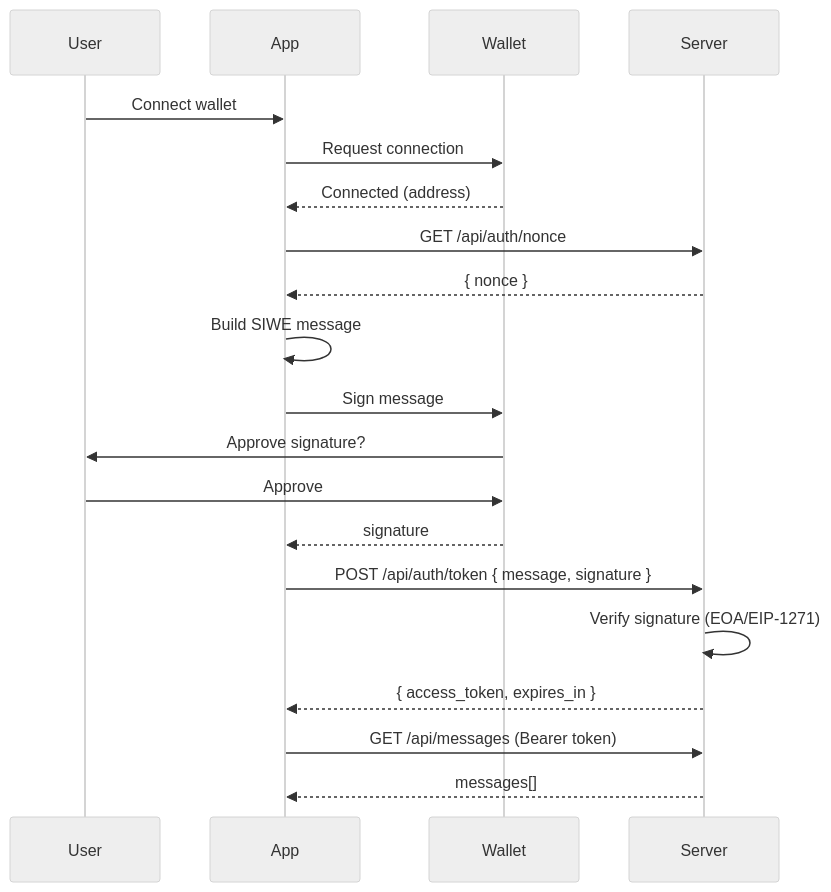
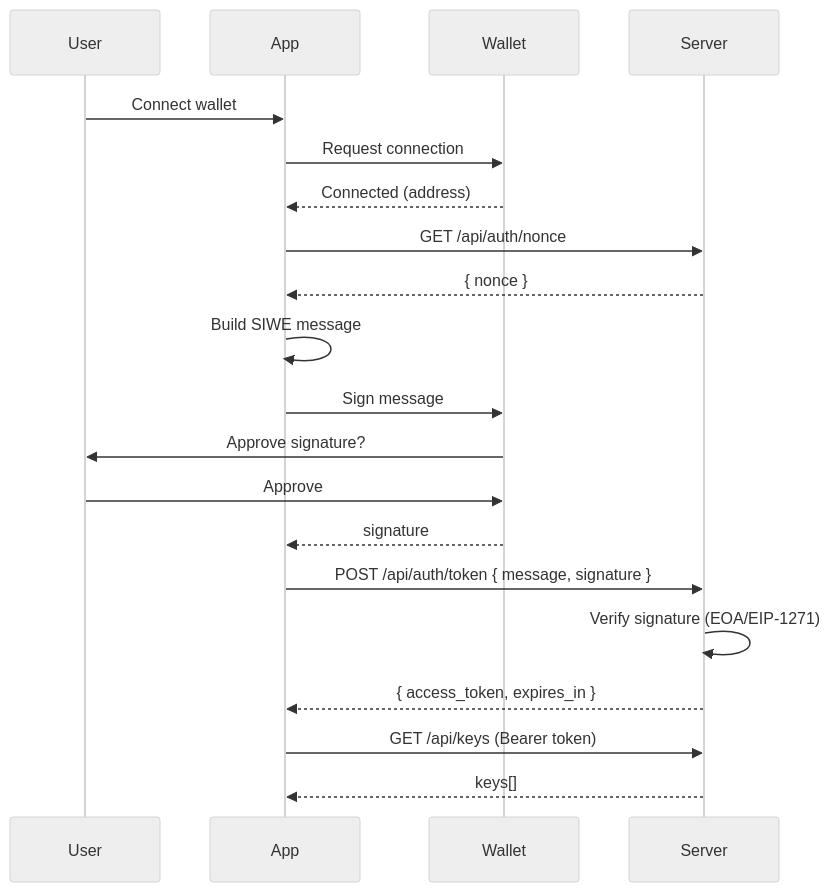
Before and after one commit to stephancill/eth-private-data-repo: the first of 2 diagrams in README.md, drawn with Mermaid (neutral theme). The commit also changed other lines of this file and 9 other files, not shown here.

````diff
--- a/README.md
+++ b/README.md
@@ -58,23 +60,23 @@
 ```mermaid
 sequenceDiagram
     participant User
     participant App
     participant Wallet
     participant Server
 
     User->>App: Connect wallet
     App->>Wallet: Request connection
     Wallet-->>App: Connected (address)
     App->>Server: GET /api/auth/nonce
     Server-->>App: { nonce }
     App->>App: Build SIWE message
     App->>Wallet: Sign message
     Wallet->>User: Approve signature?
     User->>Wallet: Approve
     Wallet-->>App: signature
     App->>Server: POST /api/auth/token { message, signature }
     Server->>Server: Verify signature (EOA/EIP-1271)
     Server-->>App: { access_token, expires_in }
-    App->>Server: GET /api/messages (Bearer token)
-    Server-->>App: messages[]
+    App->>Server: GET /api/keys (Bearer token)
+    Server-->>App: keys[]
 ```
````
